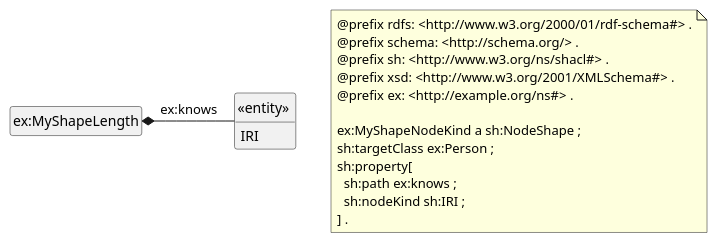
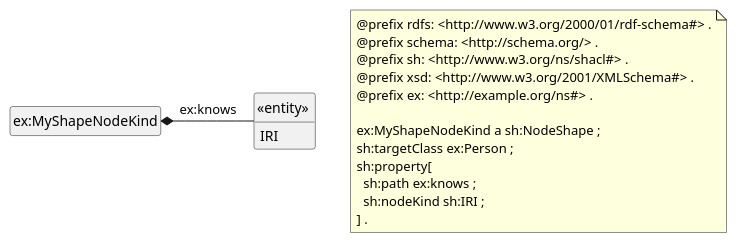
Before and after one commit to sparna-git/shacl-play: the diagram in shacl-diagram/src/specs/05-nodeKind/expected.iuml, drawn with PlantUML. The commit also changed 38 other files, not shown here.

```diff
--- a/shacl-diagram/src/specs/05-nodeKind/expected.iuml
+++ b/shacl-diagram/src/specs/05-nodeKind/expected.iuml
@@ -1,25 +1,25 @@
 @startuml
-class "ex:MyShapeLength"
+class "ex:MyShapeNodeKind"
 class "<<entity>> "
 "<<entity>> " : IRI
 
-"ex:MyShapeLength" *- "<<entity>> " : ex:knows
+"ex:MyShapeNodeKind" *- "<<entity>> " : ex:knows
 
 note as N1
 @prefix rdfs: <http://www.w3.org/2000/01/rdf-schema#> .
 @prefix schema: <http://schema.org/> .
 @prefix sh: <http://www.w3.org/ns/shacl#> .
 @prefix xsd: <http://www.w3.org/2001/XMLSchema#> .
 @prefix ex: <http://example.org/ns#> .
 
 ex:MyShapeNodeKind a sh:NodeShape ;
 sh:targetClass ex:Person ;
 sh:property[
   sh:path ex:knows ;
   sh:nodeKind sh:IRI ;
 ] .
 end note
 
 hide circle
 hide empty members
 @enduml
```
